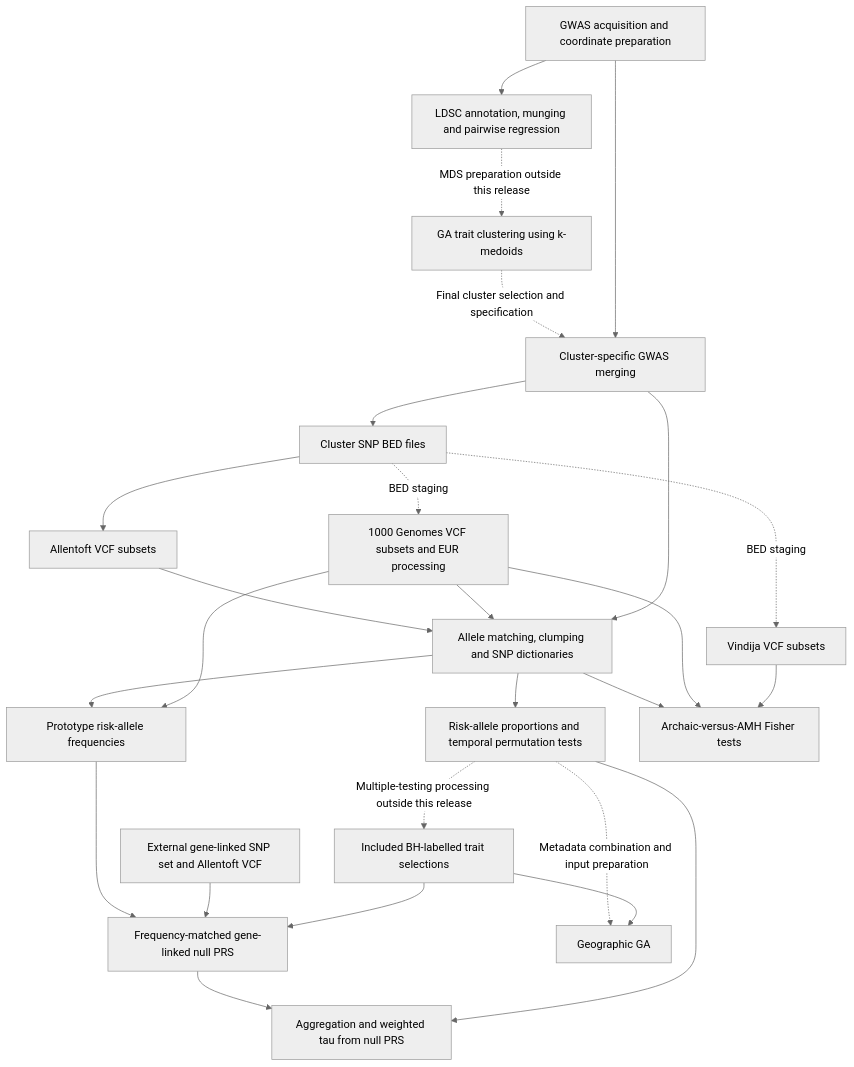
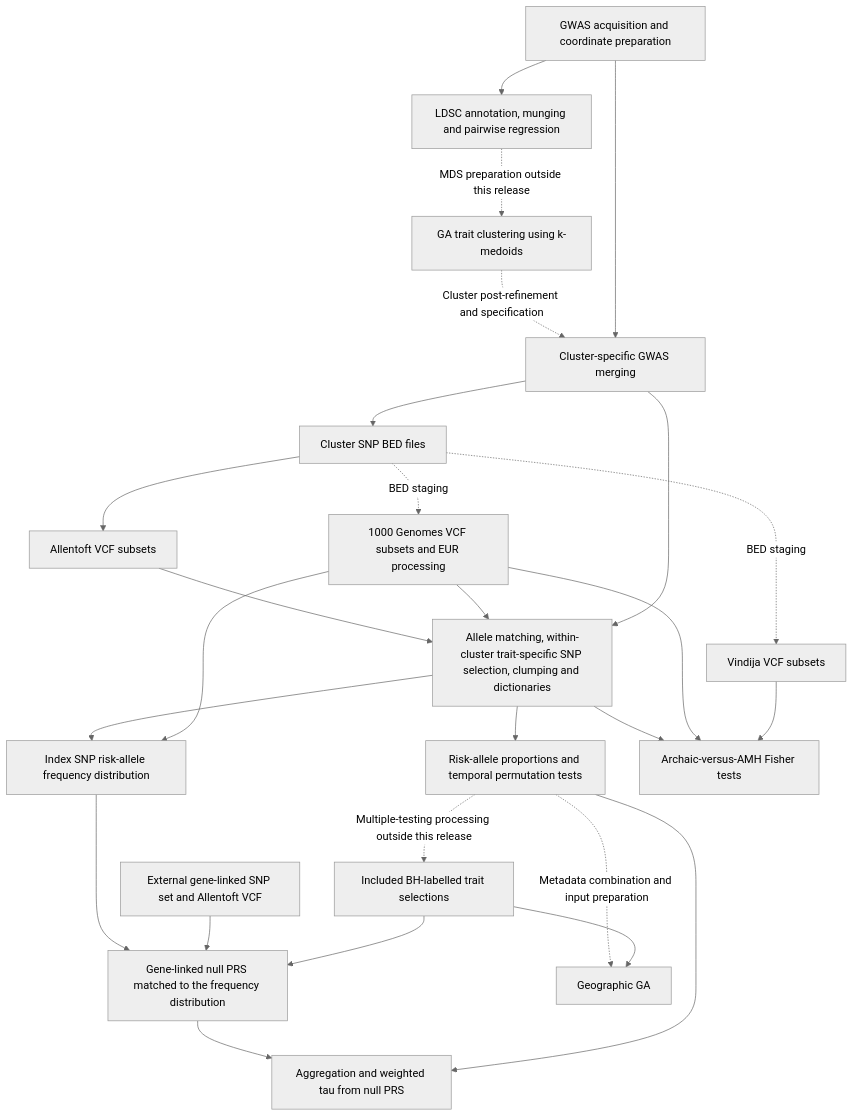
The diagram in README.md (ccsbio/dietary-endophenotype-evolution), drawn with Mermaid (neutral theme) before and after one commit. The commit also changed other lines of this file and 12 other files, not shown here.

````diff
--- a/README.md
+++ b/README.md
@@ -60,28 +62,28 @@
 ```mermaid
 flowchart TD
     GWAS[GWAS acquisition and coordinate preparation] --> LDSC[LDSC annotation, munging and pairwise regression]
     LDSC -. MDS preparation outside this release .-> GA[GA trait clustering using k-medoids]
-    GA -. Final cluster selection and specification .-> MERGE[Cluster-specific GWAS merging]
+    GA -. Cluster post-refinement and specification .-> MERGE[Cluster-specific GWAS merging]
     GWAS --> MERGE
     MERGE --> BED[Cluster SNP BED files]
     BED --> ADNA[Allentoft VCF subsets]
     BED -. BED staging .-> KG[1000 Genomes VCF subsets and EUR processing]
     BED -. BED staging .-> VIND[Vindija VCF subsets]
-    ADNA --> ASC[Allele matching, clumping and SNP dictionaries]
+    ADNA --> ASC[Allele matching, within-cluster trait-specific SNP selection, clumping and dictionaries]
     KG --> ASC
     MERGE --> ASC
     ASC --> TEMP[Risk-allele proportions and temporal permutation tests]
     TEMP -. Multiple-testing processing outside this release .-> SEL[Included BH-labelled trait selections]
-    ASC --> AF[Prototype risk-allele frequencies]
+    ASC --> AF[Index SNP risk-allele frequency distribution]
     KG --> AF
-    AF --> NULL[Frequency-matched gene-linked null PRS]
+    AF --> NULL[Gene-linked null PRS matched to the frequency distribution]
     EXT[External gene-linked SNP set and Allentoft VCF] --> NULL
     SEL --> NULL
     NULL --> NTAU[Aggregation and weighted tau from null PRS]
     TEMP --> NTAU
     TEMP -. Metadata combination and input preparation .-> GEO[Geographic GA]
     SEL --> GEO
     ASC --> ARCH[Archaic-versus-AMH Fisher tests]
     KG --> ARCH
     VIND --> ARCH
 ```
````
